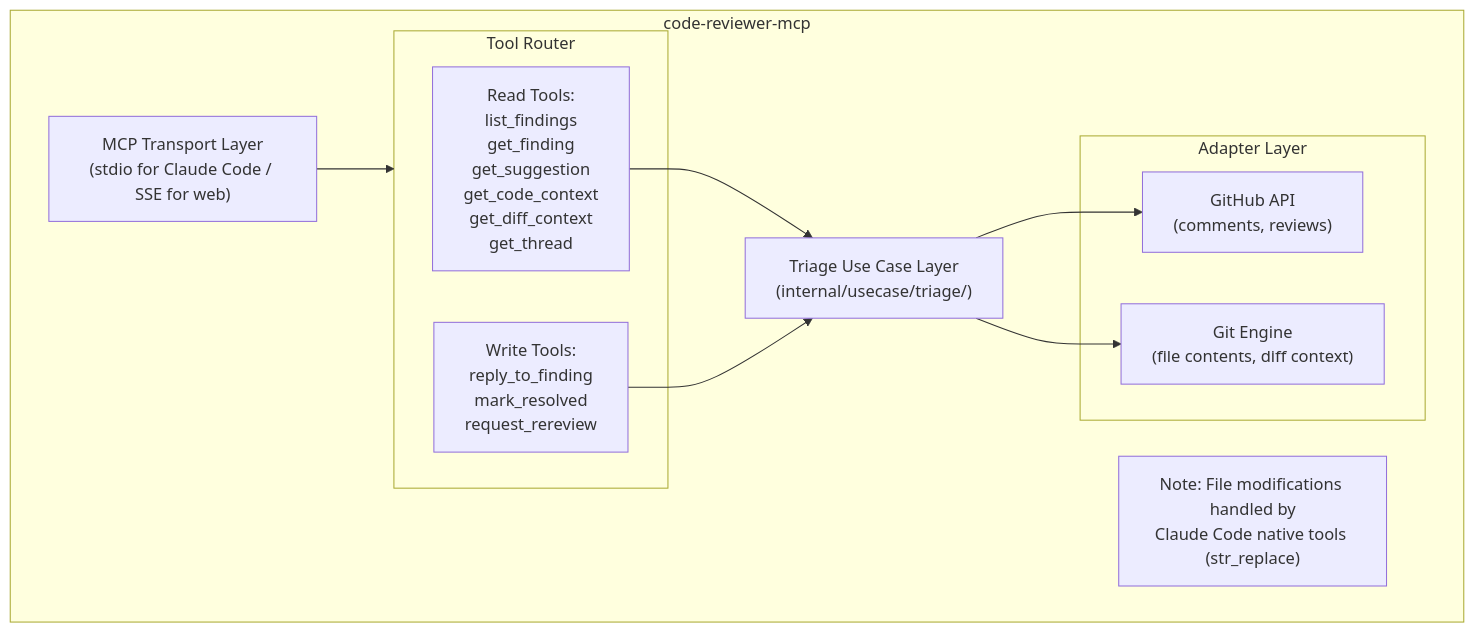
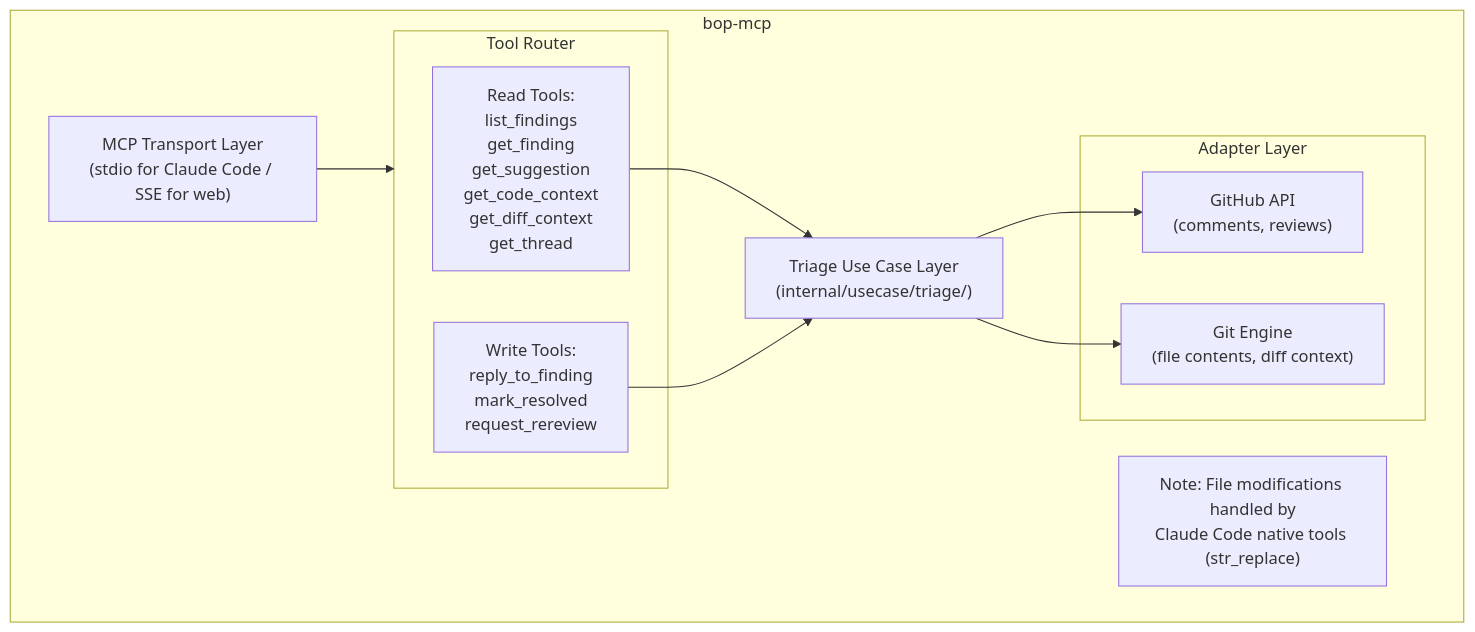
One commit to delightfulhammers/bop changed the third of 6 diagrams in docs/design/02-ARCHITECTURE.md. Above: the diagram before and after it, drawn with Mermaid. The commit also changed other lines of this file and 227 other files, not shown here.

First line of the commit message:
refactor: rename project from code-reviewer to bop

````diff
--- a/docs/design/02-ARCHITECTURE.md
+++ b/docs/design/02-ARCHITECTURE.md
@@ -136,26 +136,26 @@
 ```mermaid
 graph TB
-    subgraph MCP["code-reviewer-mcp"]
+    subgraph MCP["bop-mcp"]
         Transport["MCP Transport Layer<br/>(stdio for Claude Code / SSE for web)"]
         
         subgraph Router["Tool Router"]
             Read["Read Tools:<br/>list_findings<br/>get_finding<br/>get_suggestion<br/>get_code_context<br/>get_diff_context<br/>get_thread"]
             Write["Write Tools:<br/>reply_to_finding<br/>mark_resolved<br/>request_rereview"]
         end
         
         Note["Note: File modifications handled by<br/>Claude Code native tools (str_replace)"]
         
         UseCase["Triage Use Case Layer<br/>(internal/usecase/triage/)"]
         
         subgraph AdapterLayer["Adapter Layer"]
             GitHubAPI["GitHub API<br/>(comments, reviews)"]
             GitEngine["Git Engine<br/>(file contents, diff context)"]
         end
     end
     
     Transport --> Router
     Read --> UseCase
     Write --> UseCase
     UseCase --> GitHubAPI
     UseCase --> GitEngine
 ```
````
